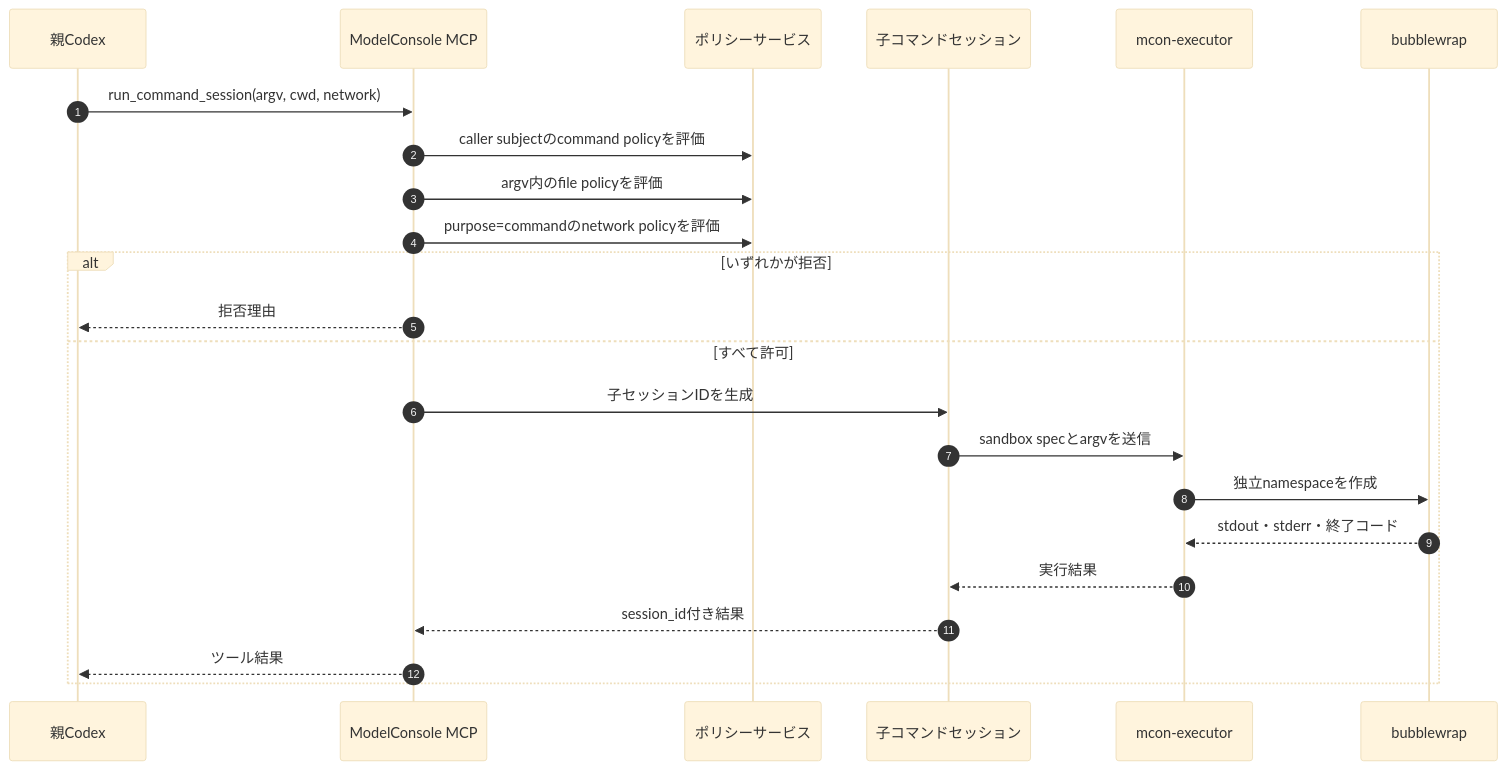
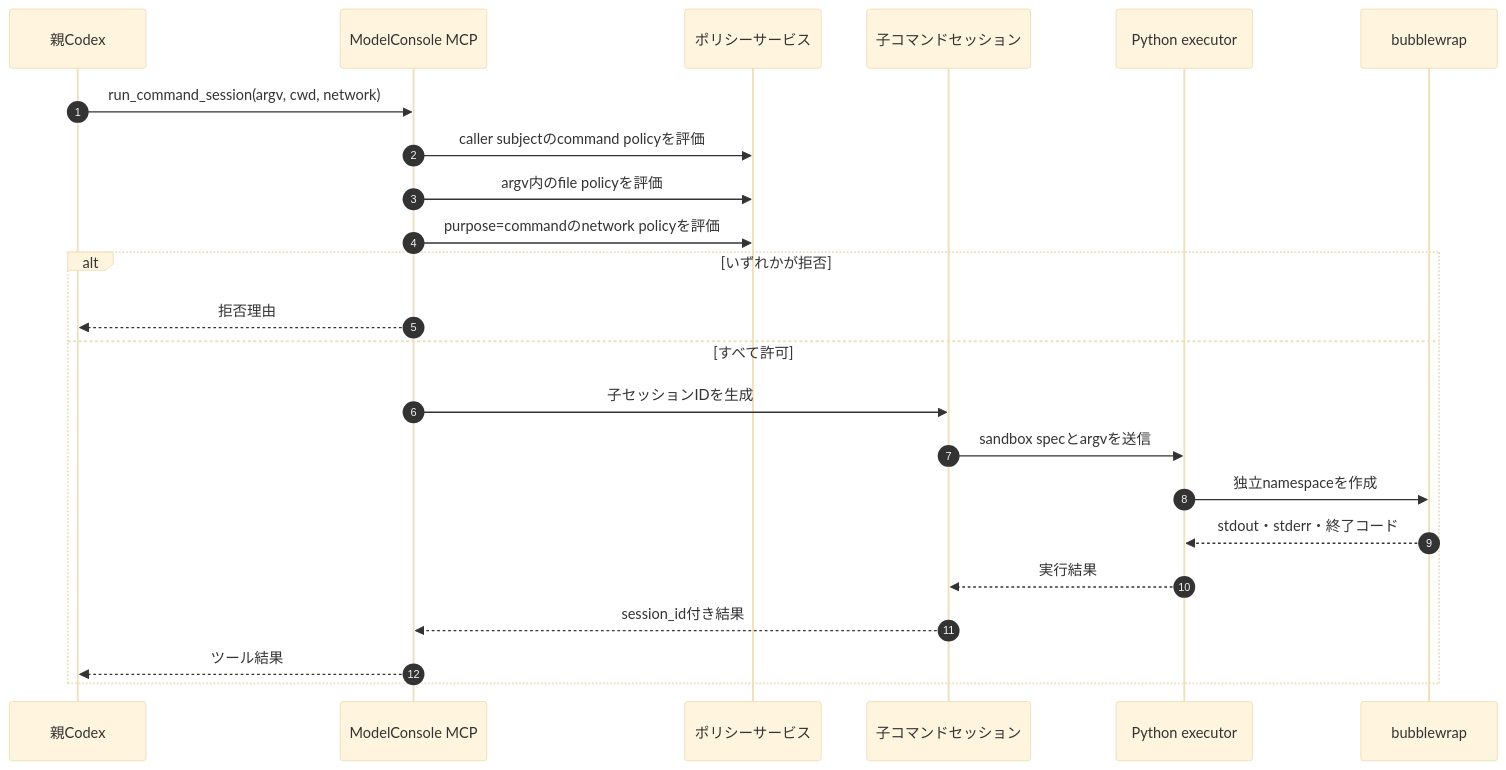
The fifth of 9 diagrams in docs/session-orchestration-design.md (northwest-systems/ModelConsole), drawn with Mermaid (base theme) before and after one commit. The commit also changed other lines of this file and 11 other files, not shown here.

Commit message:
Replace Go executor with Python executor

````diff
--- a/docs/session-orchestration-design.md
+++ b/docs/session-orchestration-design.md
@@ -564,27 +564,27 @@
 ```mermaid
 sequenceDiagram
     autonumber
     participant Parent as 親Codex
     participant MCP as ModelConsole MCP
     participant Policy as ポリシーサービス
     participant Child as 子コマンドセッション
-    participant Executor as mcon-executor
+    participant Executor as Python executor
     participant Bwrap as bubblewrap
 
     Parent->>MCP: run_command_session(argv, cwd, network)
     MCP->>Policy: caller subjectのcommand policyを評価
     MCP->>Policy: argv内のfile policyを評価
     MCP->>Policy: purpose=commandのnetwork policyを評価
 
     alt いずれかが拒否
         MCP-->>Parent: 拒否理由
     else すべて許可
         MCP->>Child: 子セッションIDを生成
         Child->>Executor: sandbox specとargvを送信
         Executor->>Bwrap: 独立namespaceを作成
         Bwrap-->>Executor: stdout・stderr・終了コード
         Executor-->>Child: 実行結果
         Child-->>MCP: session_id付き結果
         MCP-->>Parent: ツール結果
     end
 ```
````
